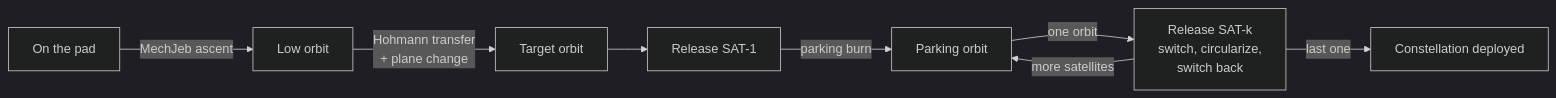
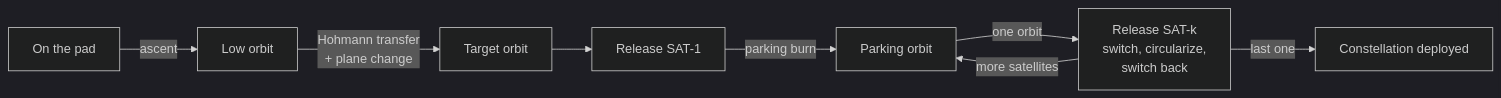
Before and after one commit to AlaNLrdE/KSP_RelayOrbiter_mod: the diagram in README.md, drawn with Mermaid (dark theme). The commit also changed other lines of this file and 2 other files, not shown here.

Commit message:
[relay_orbiter_mod] Docs: Relay Orbiter's own ascent, launch altitude

````diff
--- a/README.md
+++ b/README.md
@@ -99,10 +100,10 @@
 ```mermaid
 flowchart LR
-    A[On the pad] -->|MechJeb ascent| B[Low orbit]
+    A[On the pad] -->|ascent| B[Low orbit]
     B -->|Hohmann transfer<br/>+ plane change| C[Target orbit]
     C --> D[Release SAT-1]
     D -->|parking burn| E[Parking orbit]
     E -->|one orbit| F[Release SAT-k<br/>switch, circularize,<br/>switch back]
     F -->|more satellites| E
     F -->|last one| G[Constellation deployed]
 ```
````
